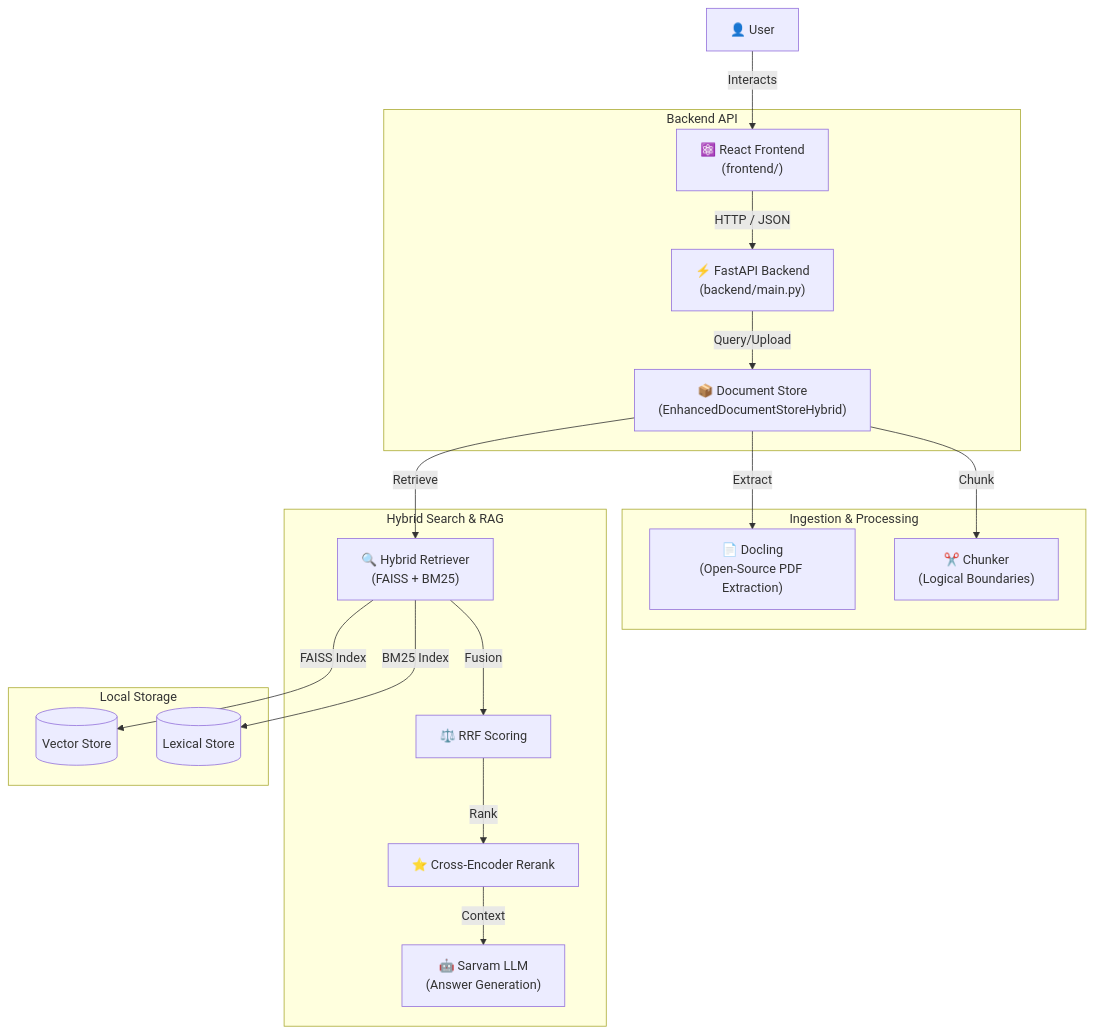
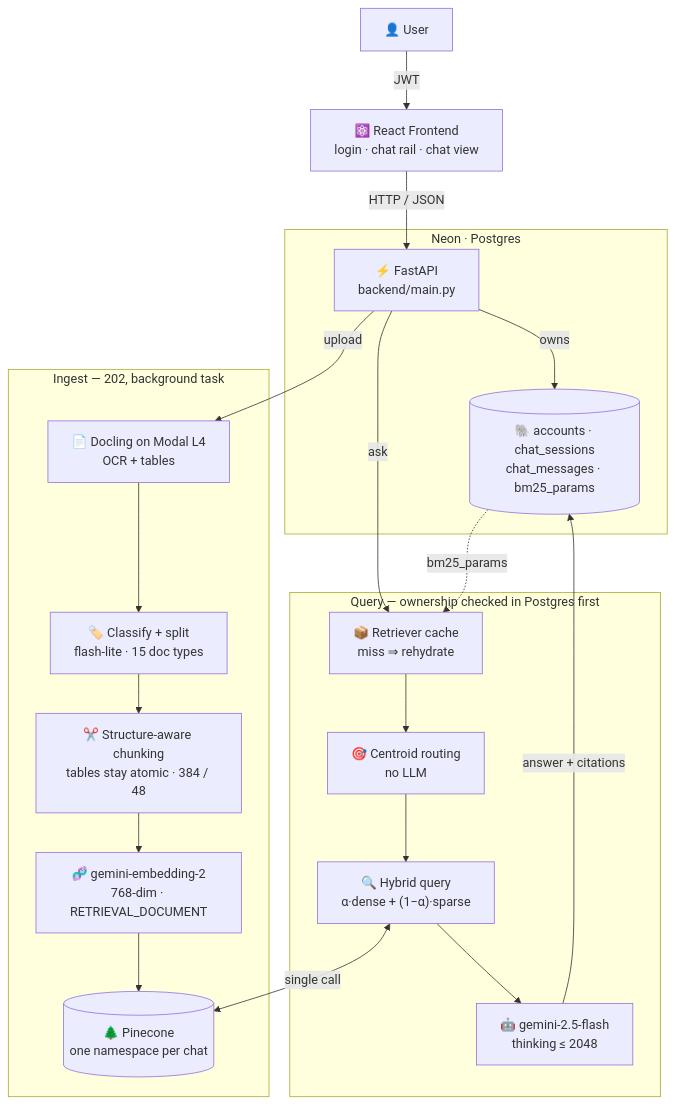
Before and after one commit to VIVPM/document-retrieval-system: the diagram in README.md, drawn with Mermaid. The commit also changed other lines of this file and 1 other file, not shown here.

Commit message:
docs: update setup and architecture guidance

````diff
--- a/README.md
+++ b/README.md
@@ -20,26 +27,28 @@
 ```mermaid
 graph TD
-    User[👤 User] -->|Interacts| React["⚛️ React Frontend<br>(frontend/)"]
-    
-    subgraph API_Layer [Backend API]
-        React -->|HTTP / JSON| FastAPI["⚡ FastAPI Backend<br>(backend/main.py)"]
-        FastAPI -->|Query/Upload| Store["📦 Document Store<br>(EnhancedDocumentStoreHybrid)"]
-    end
-    
-    subgraph Processing_Layer [Ingestion & Processing]
-        Store -->|Extract| Docling["📄 Docling<br>(Open-Source PDF Extraction)"]
-        Store -->|Chunk| Chunker["✂️ Chunker<br>(Logical Boundaries)"]
+    User[👤 User] -->|JWT| React["⚛️ React Frontend<br>login · chat rail · chat view"]
+    React -->|HTTP / JSON| FastAPI["⚡ FastAPI<br>backend/main.py"]
+
+    subgraph Identity [Neon · Postgres]
+        FastAPI -->|"owns"| PG[("🐘 accounts · chat_sessions<br>chat_messages · bm25_params")]
     end
 
-    subgraph Retrieval_Layer [Hybrid Search & RAG]
-        Store -->|Retrieve| Hybrid["🔍 Hybrid Retriever<br>(FAISS + BM25)"]
-        Hybrid -->|Fusion| RRF["⚖️ RRF Scoring"]
-        RRF -->|Rank| Reranker["⭐ Cross-Encoder Rerank"]
-        Reranker -->|Context| LLM["🤖 Sarvam LLM<br>(Answer Generation)"]
+    subgraph Ingest ["Ingest — 202, background task"]
+        FastAPI -->|"upload"| Docling["📄 Docling on Modal L4<br>OCR + tables"]
+        Docling --> Classify["🏷️ Classify + split<br>flash-lite · 15 doc types"]
+        Classify --> Chunker["✂️ Structure-aware chunking<br>tables stay atomic · 384 / 48"]
+        Chunker --> Embed["🧬 gemini-embedding-2<br>768-dim · RETRIEVAL_DOCUMENT"]
+        Embed --> Pine
     end
 
-    subgraph Data_Storage [Local Storage]
-        Hybrid -->|FAISS Index| VectorDB[(Vector Store)]
-        Hybrid -->|BM25 Index| DocDB[(Lexical Store)]
+    subgraph Query ["Query — ownership checked in Postgres first"]
+        FastAPI -->|"ask"| Store["📦 Retriever cache<br>miss ⇒ rehydrate"]
+        PG -.->|"bm25_params"| Store
+        Store --> Router["🎯 Centroid routing<br>no LLM"]
+        Router --> Hybrid["🔍 Hybrid query<br>α·dense + (1−α)·sparse"]
+        Hybrid --> LLM["🤖 gemini-2.5-flash<br>thinking ≤ 2048"]
+        LLM -->|"answer + citations"| PG
     end
+
+    Hybrid <-->|"single call"| Pine[("🌲 Pinecone<br>one namespace per chat")]
 ```
````
